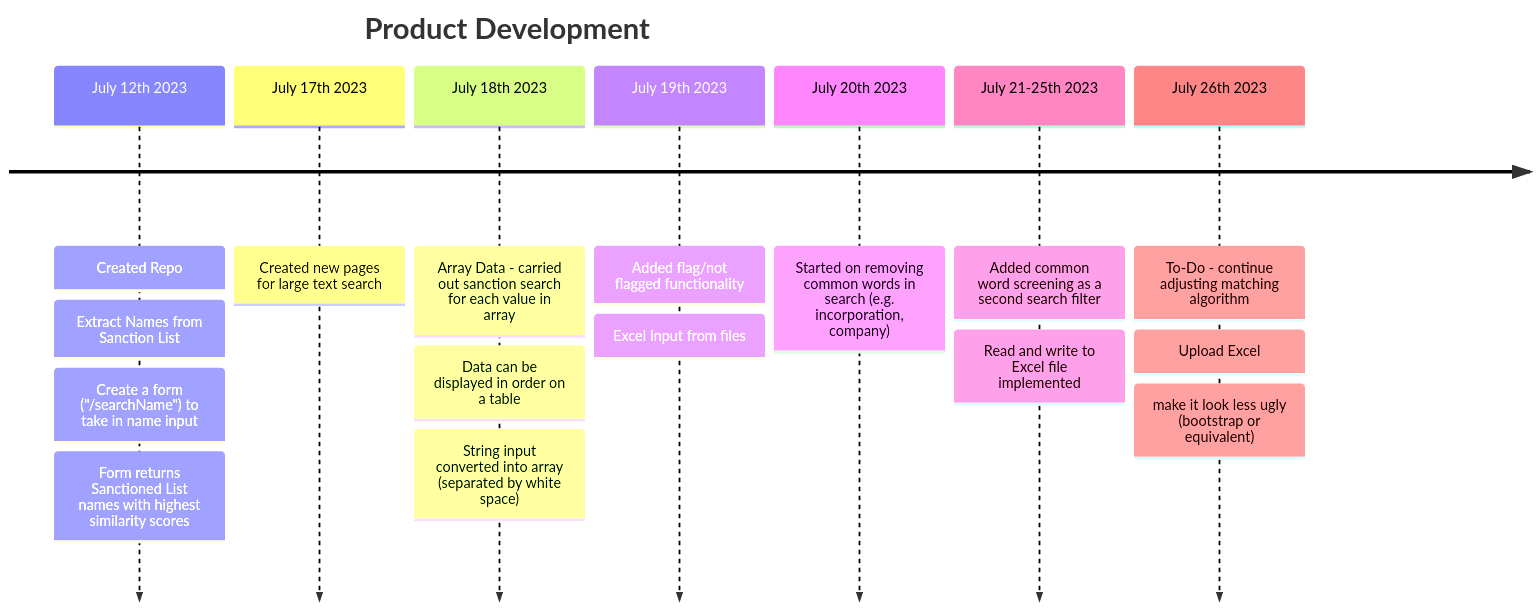
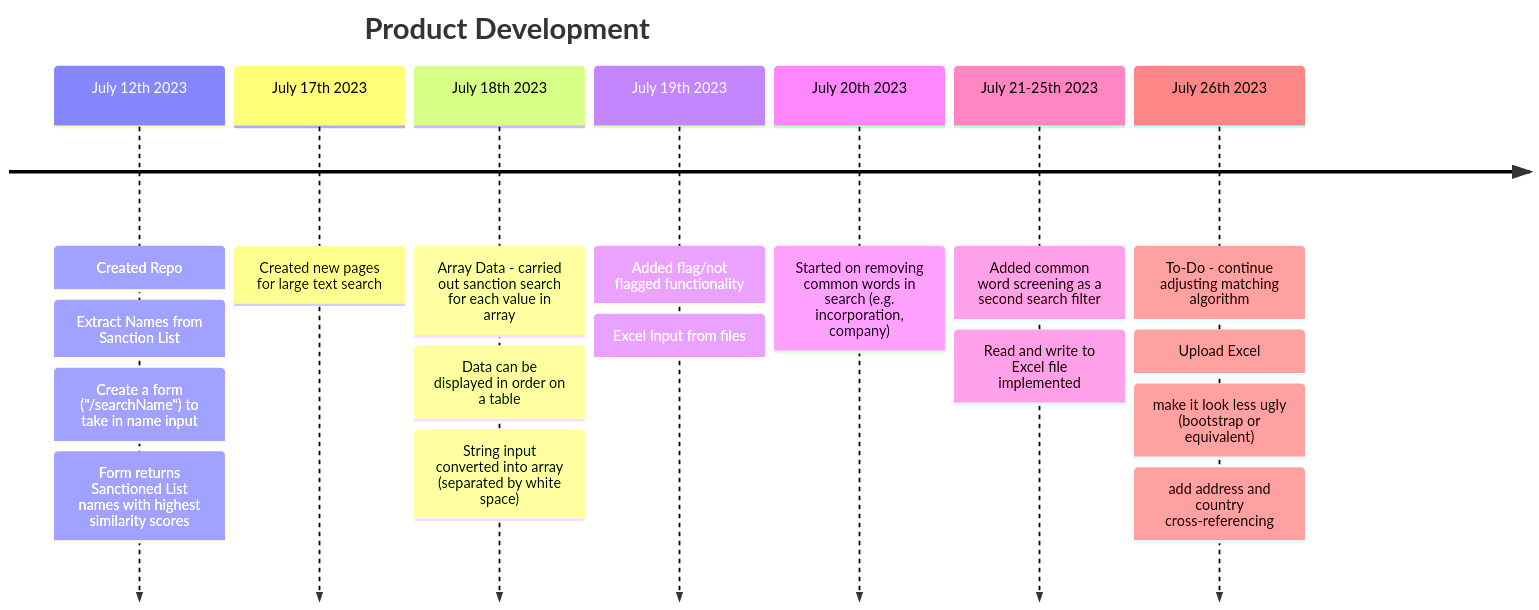
Before and after one commit to james-csy/sanctionlistchecker: the diagram in README.md, drawn with Mermaid.

````diff
--- a/README.md
+++ b/README.md
@@ -6,11 +6,11 @@
 ```mermaid
 timeline
     title Product Development
     July 12th 2023: Created Repo: Extract Names from Sanction List: Create a form ("/searchName") to take in name input: Form returns Sanctioned List names with highest similarity scores
     July 17th 2023: Created new pages for large text search
     July 18th 2023: Array Data - carried out sanction search for each value in array: Data can be displayed in order on a table: String input converted into array (separated by white space)
     July 19th 2023: Added flag/not flagged functionality: Excel Input from files
     July 20th 2023: Started on removing common words in search (e.g. incorporation, company)
     July 21-25th 2023: Added common word screening as a second search filter: Read and write to Excel file implemented
-    July 26th 2023: To-Do - continue adjusting matching algorithm: Upload Excel: make it look less ugly (bootstrap or equivalent)
+    July 26th 2023: To-Do - continue adjusting matching algorithm: Upload Excel: make it look less ugly (bootstrap or equivalent): add address and country cross-referencing
 ```
````
